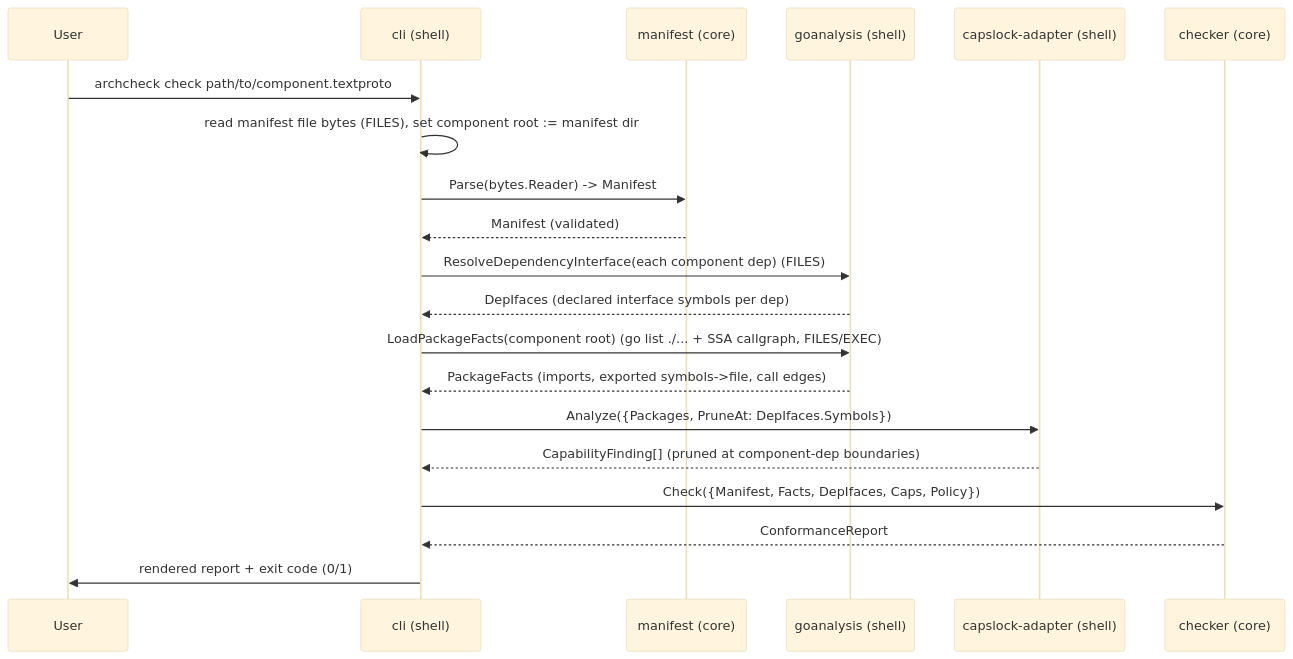
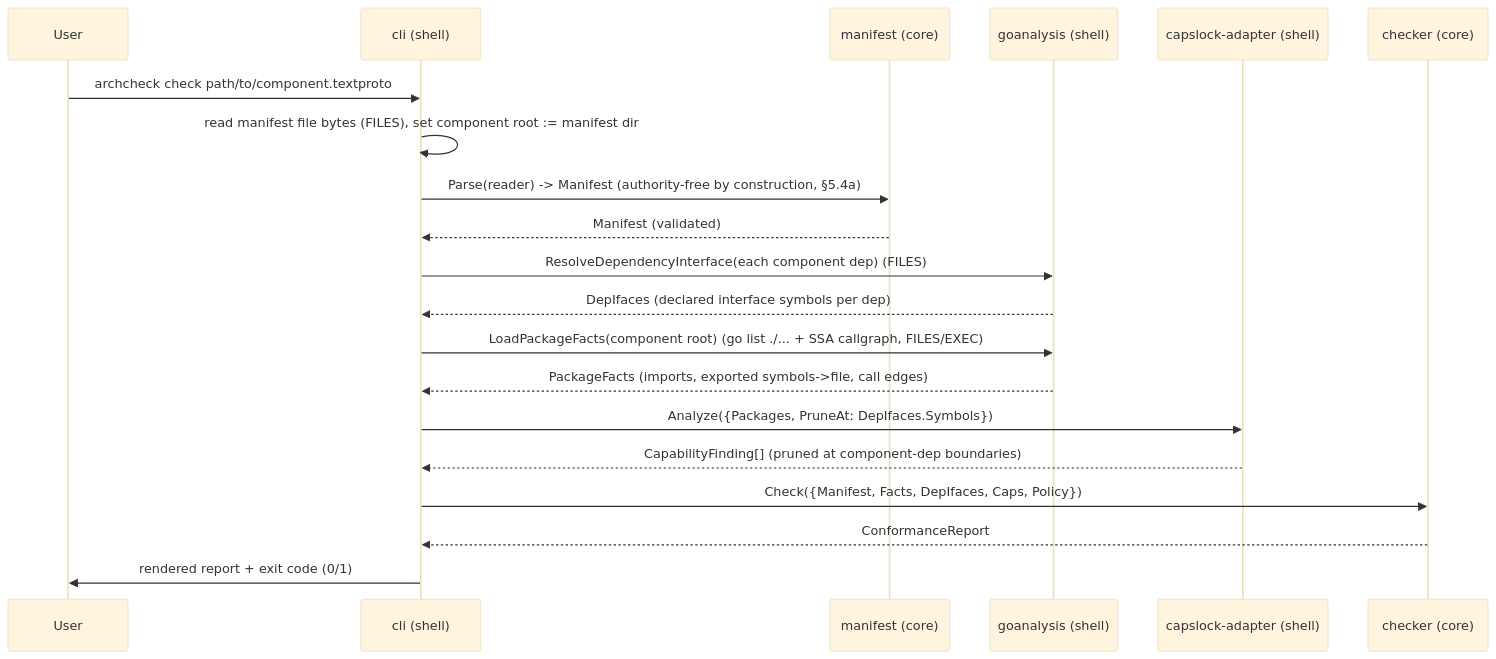
One commit to ono-sendai-labs/architectural-contracts changed the second of 2 diagrams in .agents/planning/2026-07-06-arch-contracts-go-mvp/design/detailed-design.md. Above: the diagram before and after it, drawn with Mermaid (base theme). The commit also changed other lines of this file and 23 other files, not shown here.

````diff
--- a/.agents/planning/2026-07-06-arch-contracts-go-mvp/design/detailed-design.md
+++ b/.agents/planning/2026-07-06-arch-contracts-go-mvp/design/detailed-design.md
@@ -247,23 +262,23 @@
 ```mermaid
 sequenceDiagram
     participant U as User
     participant CLI as cli (shell)
     participant M as manifest (core)
     participant L as goanalysis (shell)
     participant C as capslock-adapter (shell)
     participant K as checker (core)
 
     U->>CLI: archcheck check path/to/component.textproto
     CLI->>CLI: read manifest file bytes (FILES), set component root := manifest dir
-    CLI->>M: Parse(bytes.Reader) -> Manifest
+    CLI->>M: Parse(reader) -> Manifest  (authority-free by construction, §5.4a)
     M-->>CLI: Manifest (validated)
     CLI->>L: ResolveDependencyInterface(each component dep) (FILES)
     L-->>CLI: DepIfaces (declared interface symbols per dep)
     CLI->>L: LoadPackageFacts(component root) (go list ./... + SSA callgraph, FILES/EXEC)
     L-->>CLI: PackageFacts (imports, exported symbols->file, call edges)
     CLI->>C: Analyze({Packages, PruneAt: DepIfaces.Symbols})
     C-->>CLI: CapabilityFinding[] (pruned at component-dep boundaries)
     CLI->>K: Check({Manifest, Facts, DepIfaces, Caps, Policy})
     K-->>CLI: ConformanceReport
     CLI->>U: rendered report + exit code (0/1)
 ```
````
